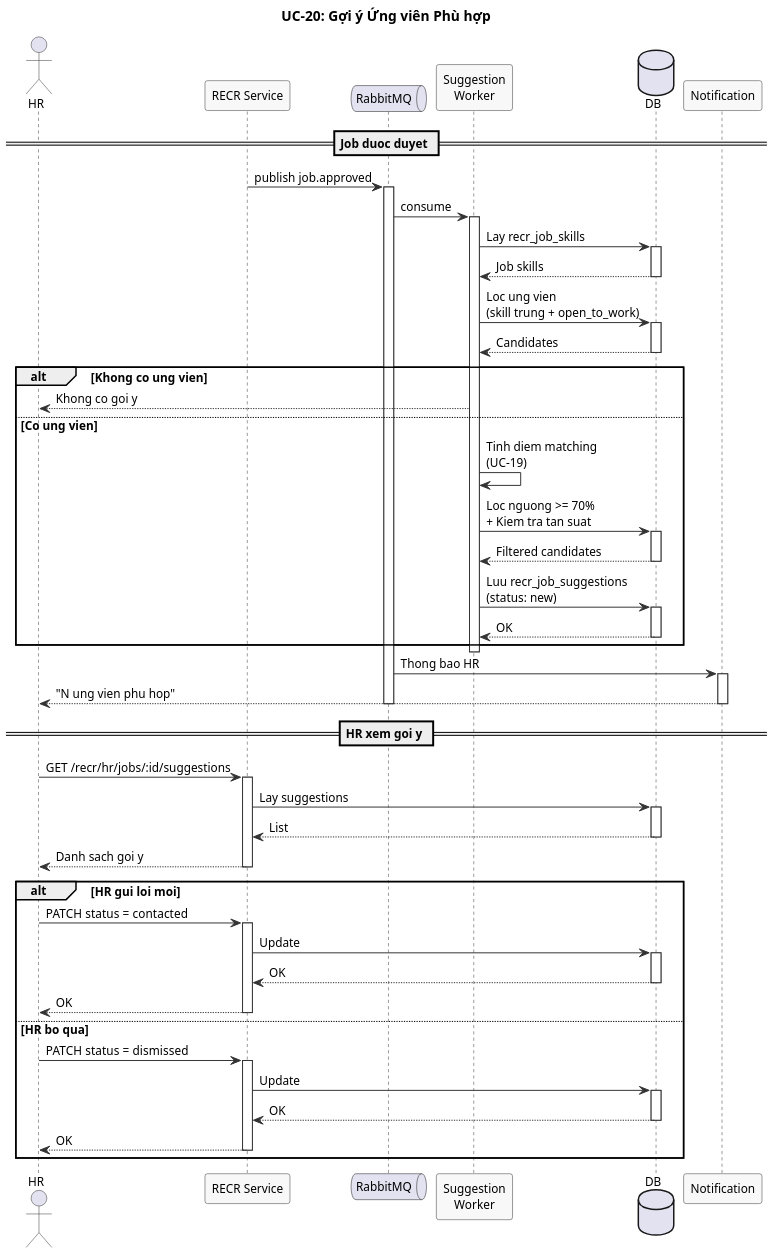
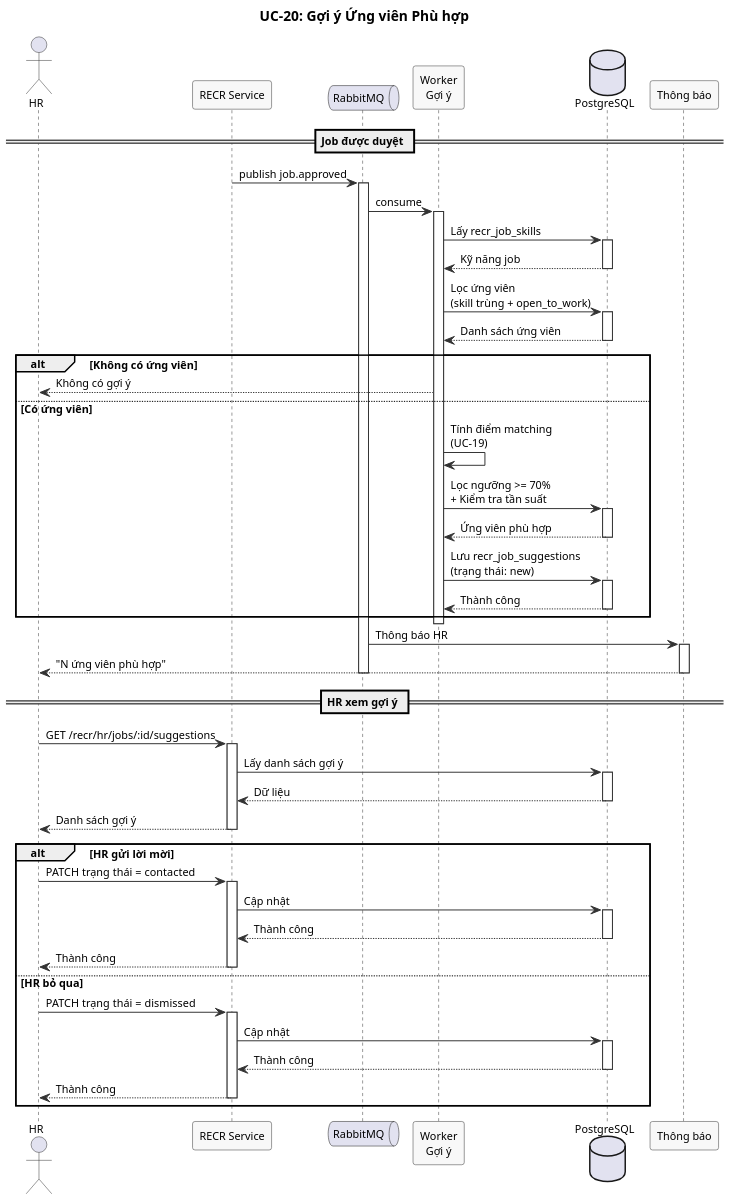
One commit to namnh240795/document changed the diagram in modules/recr/diagrams/sequence/uc20-candidate-suggestion-sequence.puml. Above: the diagram before and after it, drawn with PlantUML. The commit also changed 48 other files, not shown here.

First line of the commit message:
fix(recr,srs): review & fix RECR SRS - structure, IDs, Vietnamese text, figure numbering

```diff
--- a/modules/recr/diagrams/sequence/uc20-candidate-suggestion-sequence.puml
+++ b/modules/recr/diagrams/sequence/uc20-candidate-suggestion-sequence.puml
@@ -1,91 +1,93 @@
 @startuml
 ' UC-20: Gợi ý Ứng viên Phù hợp - Sơ đồ Chuỗi
 skinparam dpi 150
-skinparam defaultFontSize 12
+skinparam defaultFontSize 11
+skinparam nodesep 15
+skinparam ranksep 15
 skinparam sequence {
   ArrowColor #333333
   ActorBorderColor #333333
   LifeLineBorderColor #333333
   ParticipantBackgroundColor #F8F8F8
   ParticipantBorderColor #333333
 }
 
 title UC-20: Gợi ý Ứng viên Phù hợp
 
 actor "HR" as HR
 participant "RECR Service" as R
 queue "RabbitMQ" as MQ
-participant "Suggestion\nWorker" as W
-database "DB" as DB
-participant "Notification" as N
+participant "Worker\nGợi ý" as W
+database "PostgreSQL" as DB
+participant "Thông báo" as N
 
-== Job duoc duyet ==
+== Job được duyệt ==
 
 R -> MQ : publish job.approved
 activate MQ
 MQ -> W : consume
 activate W
 
-W -> DB : Lay recr_job_skills
+W -> DB : Lấy recr_job_skills
 activate DB
-DB --> W : Job skills
+DB --> W : Kỹ năng job
 deactivate DB
 
-W -> DB : Loc ung vien\n(skill trung + open_to_work)
+W -> DB : Lọc ứng viên\n(skill trùng + open_to_work)
 activate DB
-DB --> W : Candidates
+DB --> W : Danh sách ứng viên
 deactivate DB
 
-alt Khong co ung vien
-  W --> HR : Khong co goi y
-else Co ung vien
-  W -> W : Tinh diem matching\n(UC-19)
-  W -> DB : Loc nguong >= 70%\n+ Kiem tra tan suat
+alt Không có ứng viên
+  W --> HR : Không có gợi ý
+else Có ứng viên
+  W -> W : Tính điểm matching\n(UC-19)
+  W -> DB : Lọc ngưỡng >= 70%\n+ Kiểm tra tần suất
   activate DB
-  DB --> W : Filtered candidates
+  DB --> W : Ứng viên phù hợp
   deactivate DB
-  W -> DB : Luu recr_job_suggestions\n(status: new)
+  W -> DB : Lưu recr_job_suggestions\n(trạng thái: new)
   activate DB
-  DB --> W : OK
+  DB --> W : Thành công
   deactivate DB
 end
 deactivate W
 
-MQ -> N : Thong bao HR
+MQ -> N : Thông báo HR
 activate N
-N --> HR : "N ung vien phu hop"
+N --> HR : "N ứng viên phù hợp"
 deactivate N
 deactivate MQ
 
-== HR xem goi y ==
+== HR xem gợi ý ==
 
 HR -> R : GET /recr/hr/jobs/:id/suggestions
 activate R
-R -> DB : Lay suggestions
+R -> DB : Lấy danh sách gợi ý
 activate DB
-DB --> R : List
+DB --> R : Dữ liệu
 deactivate DB
-R --> HR : Danh sach goi y
+R --> HR : Danh sách gợi ý
 deactivate R
 
-alt HR gui loi moi
-  HR -> R : PATCH status = contacted
+alt HR gửi lời mời
+  HR -> R : PATCH trạng thái = contacted
   activate R
-  R -> DB : Update
+  R -> DB : Cập nhật
   activate DB
-  DB --> R : OK
+  DB --> R : Thành công
   deactivate DB
-  R --> HR : OK
+  R --> HR : Thành công
   deactivate R
-else HR bo qua
-  HR -> R : PATCH status = dismissed
+else HR bỏ qua
+  HR -> R : PATCH trạng thái = dismissed
   activate R
-  R -> DB : Update
+  R -> DB : Cập nhật
   activate DB
-  DB --> R : OK
+  DB --> R : Thành công
   deactivate DB
-  R --> HR : OK
+  R --> HR : Thành công
   deactivate R
 end
 
 @enduml
```
